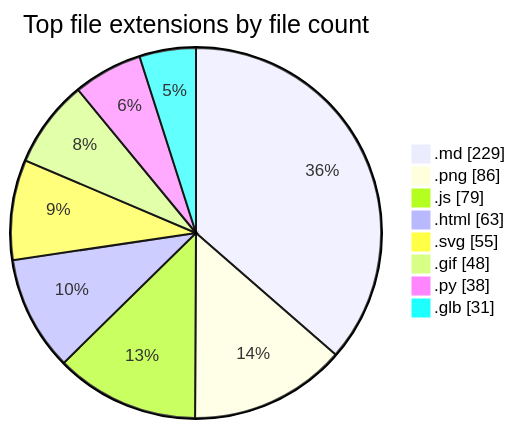
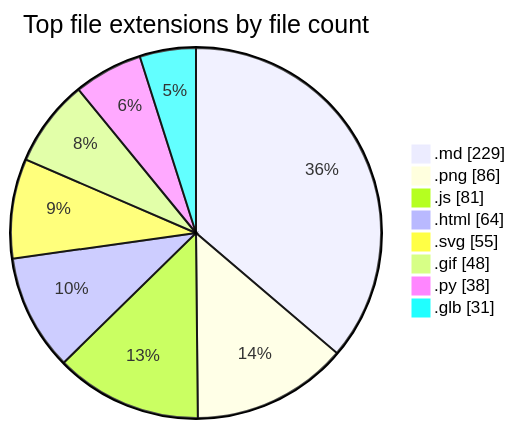
Before and after one commit to tchinso/tchinso: the second of 2 diagrams in README.md, drawn with Mermaid. The commit also changed other lines of this file, not shown here.

````diff
--- a/README.md
+++ b/README.md
@@ -53,12 +53,12 @@
 ```mermaid
 pie showData
     title Top file extensions by file count
     ".md" : 229
     ".png" : 86
-    ".js" : 79
-    ".html" : 63
+    ".js" : 81
+    ".html" : 64
     ".svg" : 55
     ".gif" : 48
     ".py" : 38
     ".glb" : 31
 ```
````
